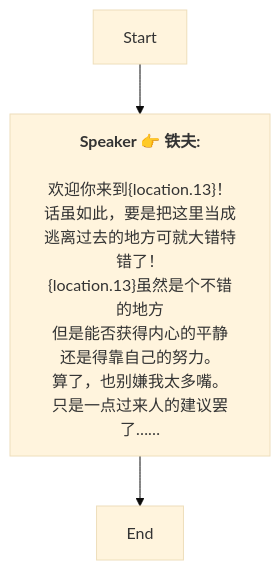
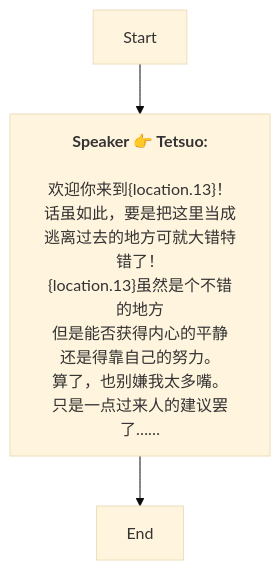
One commit to SoftHu/tos_avg changed the diagram in Zh/AddDialogNode_1741891248533772.md. Above: the diagram before and after it, drawn with Mermaid (base theme). The commit also changed 737 other files, not shown here.

````diff
--- a/Zh/AddDialogNode_1741891248533772.md
+++ b/Zh/AddDialogNode_1741891248533772.md
@@ -1,14 +1,11 @@
 ```mermaid
 graph
-Start -->1741905378806083[<b>Speaker 👉 铁夫:</b>
-
-欢迎你来到&lbrace;location.13&rbrace;！
-话虽如此，要是把这里当成逃离过去的地方可就大错特错了！
-&lbrace;location.13&rbrace;虽然是个不错的地方
+Start -->1741905378806083[<b>Speaker 👉 Tetsuo:</b>
+\n欢迎你来到&lbrace;location.13&rbrace;！
+话虽如此，要是把这里当成逃离过去的地方可就大错特错了！\n&lbrace;location.13&rbrace;虽然是个不错的地方
 但是能否获得内心的平静
-还是得靠自己的努力。
-算了，也别嫌我太多嘴。
+还是得靠自己的努力。\n算了，也别嫌我太多嘴。
 只是一点过来人的建议罢了……]
 1741905378806083 -->1741905938224452[End]
 
- ```
+```
````
